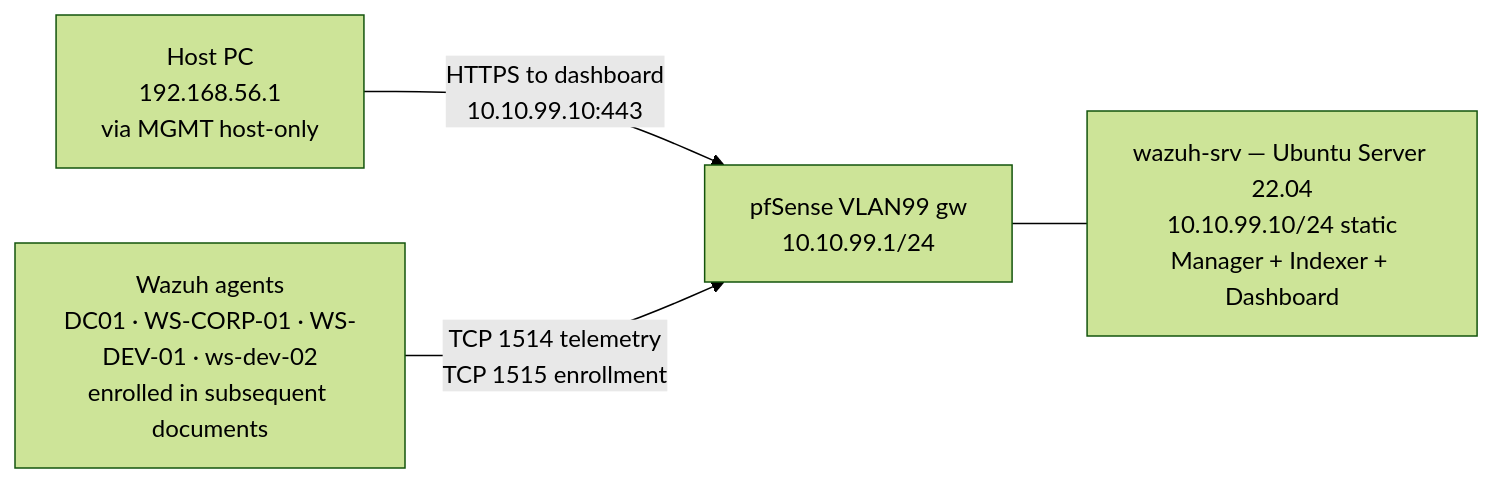
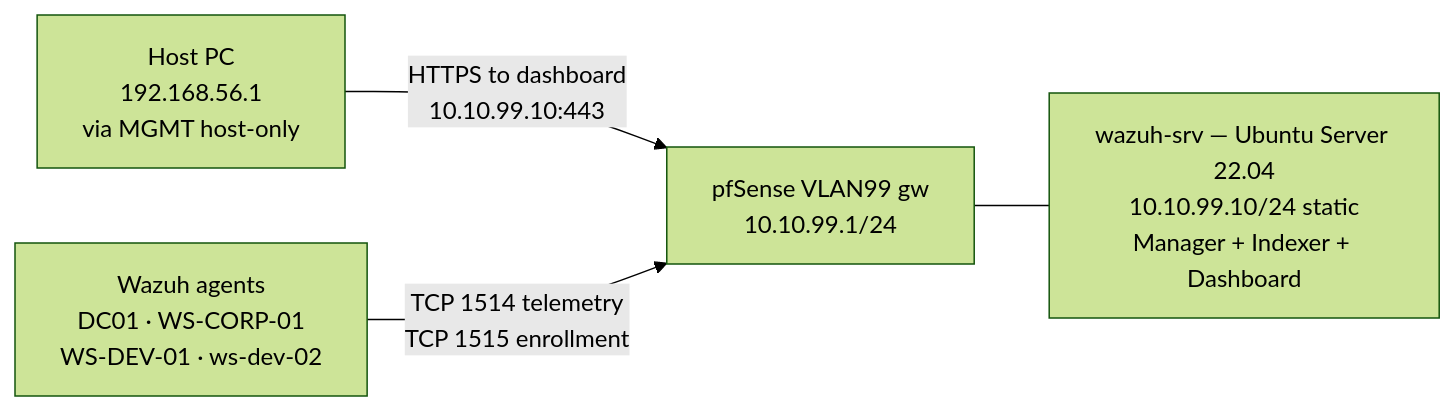
Before and after one commit to DanielBandarica02/SOC-HomeLab: the diagram in docs/02-soc-stack/01-wazuh-manager.md, drawn with Mermaid (forest theme).

````diff
--- a/docs/02-soc-stack/01-wazuh-manager.md
+++ b/docs/02-soc-stack/01-wazuh-manager.md
@@ -15,11 +15,11 @@
 ```mermaid
 flowchart LR
     host[Host PC<br/>192.168.56.1<br/>via MGMT host-only]
     pfsense[pfSense VLAN99 gw<br/>10.10.99.1/24]
     wazuh[wazuh-srv — Ubuntu Server 22.04<br/>10.10.99.10/24 static<br/>Manager + Indexer + Dashboard]
-    agents[Wazuh agents<br/>DC01 · WS-CORP-01 · WS-DEV-01 · ws-dev-02<br/>enrolled in subsequent documents]
+    agents[Wazuh agents<br/>DC01 · WS-CORP-01<br/> WS-DEV-01 · ws-dev-02]
  
     host -->|HTTPS to dashboard<br/>10.10.99.10:443| pfsense
     pfsense --- wazuh
     agents -->|TCP 1514 telemetry<br/>TCP 1515 enrollment| pfsense
 ```
````
